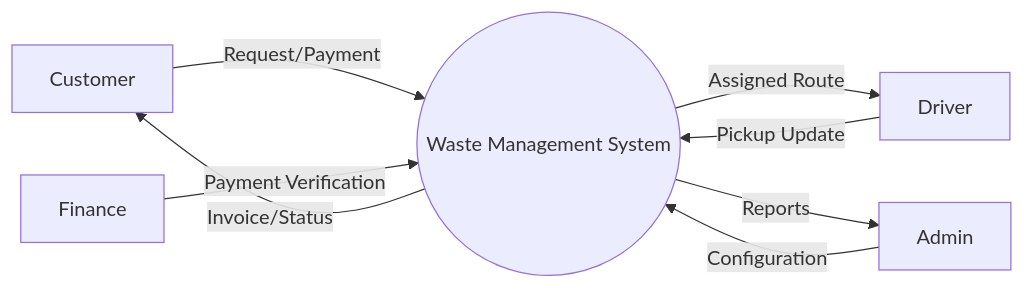
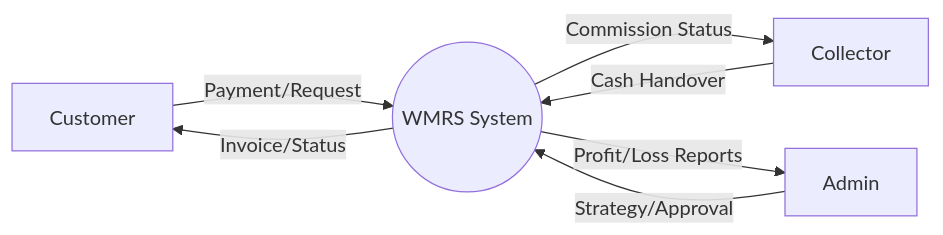
The second of 5 diagrams in DESIGN.md (0788231715/Agruni), drawn with Mermaid before and after one commit. The commit also changed other lines of this file and 66 other files, not shown here.

````diff
--- a/DESIGN.md
+++ b/DESIGN.md
@@ -87,10 +58,9 @@
 ```mermaid
 graph LR
-    C[Customer] -- Request/Payment --> WMRS((Waste Management System))
+    C[Customer] -- Payment/Request --> WMRS((WMRS System))
     WMRS -- Invoice/Status --> C
-    D[Driver] -- Pickup Update --> WMRS
-    WMRS -- Assigned Route --> D
-    A[Admin] -- Configuration --> WMRS
-    WMRS -- Reports --> A
-    F[Finance] -- Payment Verification --> WMRS
+    CO[Collector] -- Cash Handover --> WMRS
+    WMRS -- Commission Status --> CO
+    AD[Admin] -- Strategy/Approval --> WMRS
+    WMRS -- Profit/Loss Reports --> AD
 ```
````
